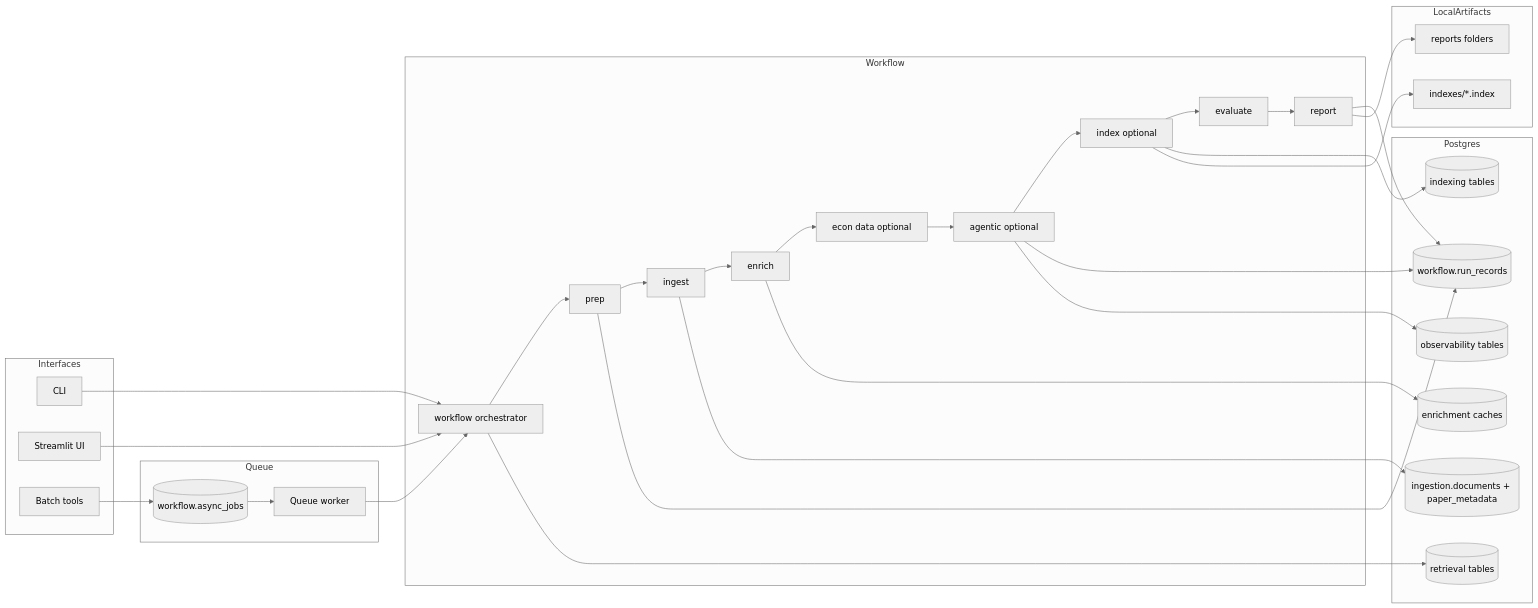
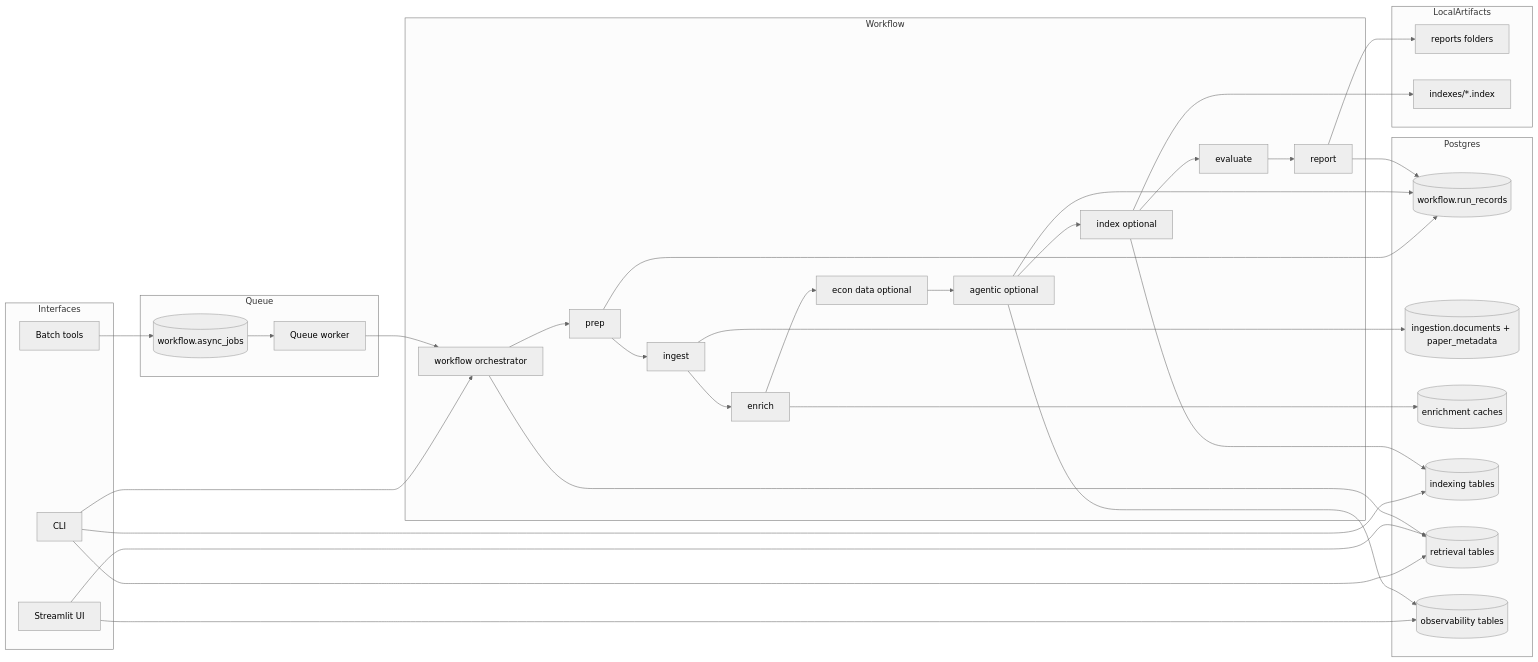
The diagram in docs/architecture/architecture.md (badbayesian/ragonometrics), drawn with Mermaid (neutral theme) before and after one commit. The commit also changed other lines of this file and 41 other files, not shown here.

Commit message:
Update docs and pipeline metadata flow (OpenAlex + Postgres)

````diff
--- a/docs/architecture/architecture.md
+++ b/docs/architecture/architecture.md
@@ -11,55 +11,58 @@
 ```mermaid
 flowchart LR
   subgraph Interfaces
     CLI[CLI]
     UI[Streamlit UI]
     BATCH[Batch tools]
   end
 
   subgraph Queue
     Q[(workflow.async_jobs)]
     WKR[Queue worker]
   end
 
   subgraph Workflow
     WF[workflow orchestrator]
     PREP[prep]
     INGEST[ingest]
     ENRICH[enrich]
     ECON[econ data optional]
     AGENTIC[agentic optional]
     INDEX[index optional]
     EVAL[evaluate]
     REPORT[report]
   end
 
   subgraph Postgres
     RUNREC[(workflow.run_records)]
     DOC[(ingestion.documents + paper_metadata)]
     ENRC[(enrichment caches)]
     IDXT[(indexing tables)]
     RET[(retrieval tables)]
     OBS[(observability tables)]
   end
 
   subgraph LocalArtifacts
     RPT[reports folders]
     FAISS[indexes/*.index]
   end
 
   CLI --> WF
-  UI --> WF
+  CLI --> RET
+  CLI --> IDXT
+  UI --> RET
+  UI --> OBS
   BATCH --> Q --> WKR --> WF
 
   WF --> PREP --> INGEST --> ENRICH --> ECON --> AGENTIC --> INDEX --> EVAL --> REPORT
   PREP --> RUNREC
   INGEST --> DOC
   ENRICH --> ENRC
   AGENTIC --> RUNREC
   AGENTIC --> OBS
   INDEX --> IDXT
   INDEX --> FAISS
   WF --> RET
   REPORT --> RUNREC
   REPORT --> RPT
 ```
````
